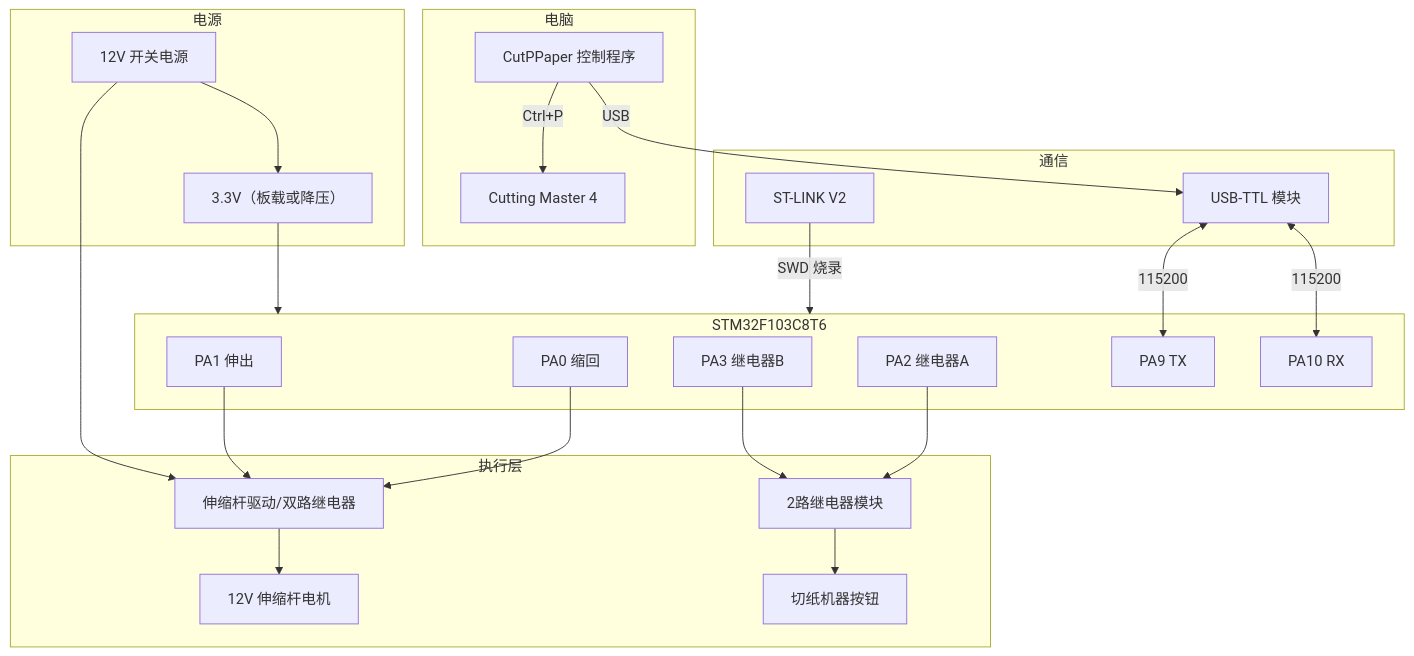
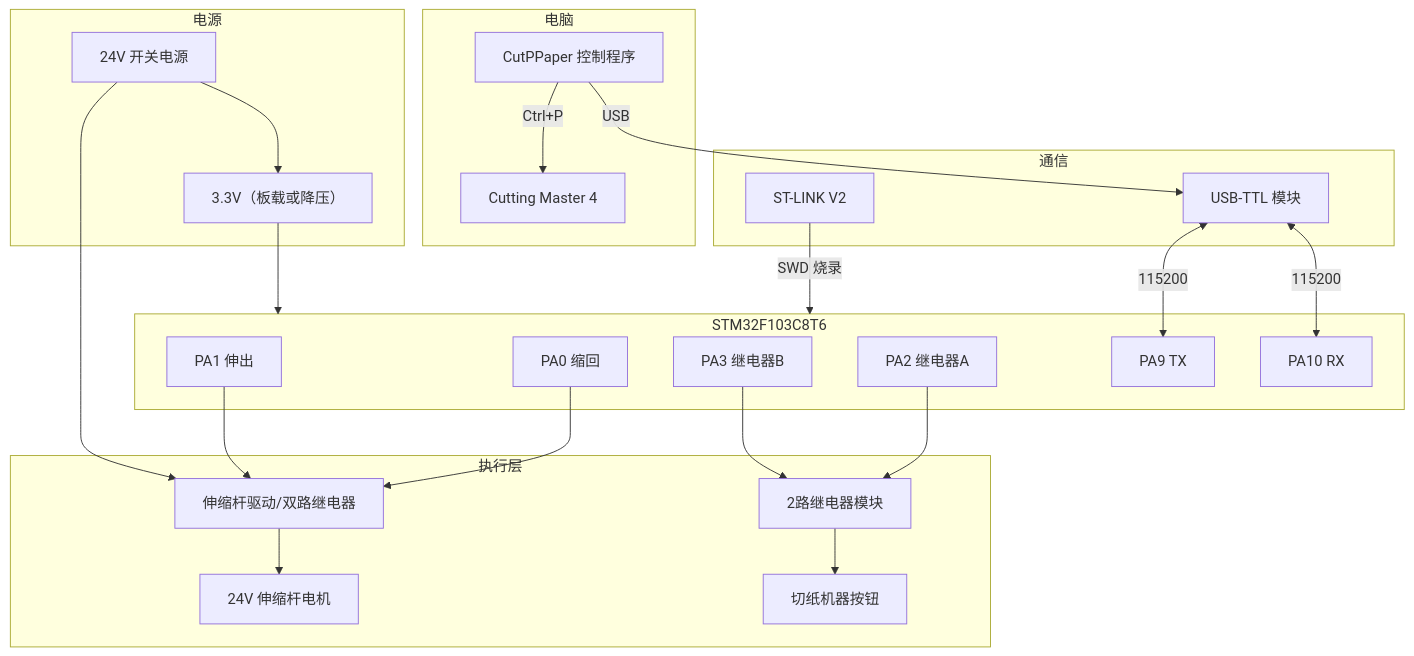
Before and after one commit to chenminsay2025/papercutting: the diagram in docs/wiring.md, drawn with Mermaid. The commit also changed other lines of this file and 1 other file, not shown here.

First line of the commit message:
Update wiring docs: telescopic rod motor uses 24V supply.

````diff
--- a/docs/wiring.md
+++ b/docs/wiring.md
@@ -15,51 +15,51 @@
 ```mermaid
 flowchart TB
     subgraph PC["电脑"]
         APP["CutPPaper 控制程序"]
         CM4["Cutting Master 4"]
     end
 
     subgraph COMM["通信"]
         TTL["USB-TTL 模块"]
         STLINK["ST-LINK V2"]
     end
 
     subgraph MCU["STM32F103C8T6"]
         PA0["PA0 缩回"]
         PA1["PA1 伸出"]
         PA2["PA2 继电器A"]
         PA3["PA3 继电器B"]
         PA9["PA9 TX"]
         PA10["PA10 RX"]
     end
 
     subgraph POWER["电源"]
-        PS12["12V 开关电源"]
+        PS24["24V 开关电源"]
         PS3["3.3V（板载或降压）"]
     end
 
     subgraph ACT["执行层"]
         MD["伸缩杆驱动/双路继电器"]
         RY["2路继电器模块"]
-        MOTOR["12V 伸缩杆电机"]
+        MOTOR["24V 伸缩杆电机"]
         MACH["切纸机器按钮"]
     end
 
     APP -->|USB| TTL
     TTL <-->|115200| PA9
     TTL <-->|115200| PA10
     STLINK -->|SWD 烧录| MCU
 
     PA0 --> MD
     PA1 --> MD
     MD --> MOTOR
-    PS12 --> MD
+    PS24 --> MD
 
     PA2 --> RY
     PA3 --> RY
     RY --> MACH
 
-    PS12 --> PS3
+    PS24 --> PS3
     PS3 --> MCU
     APP -->|Ctrl+P| CM4
 ```
````
